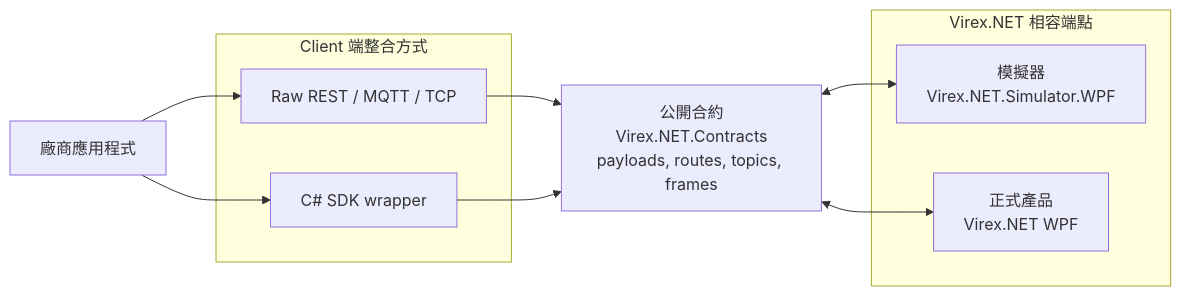
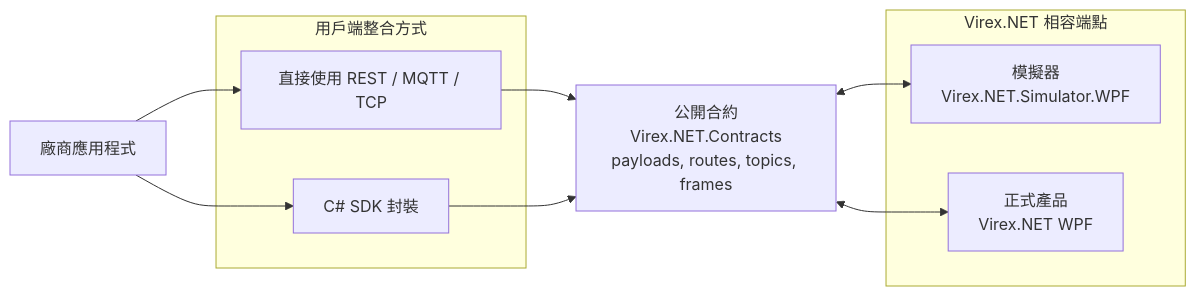
Before and after one commit to vstechnology-tw/vst-virex.net.integration: the diagram in docs/integration-model.zh.md, drawn with Mermaid. The commit also changed other lines of this file and 28 other files, not shown here.

````diff
--- a/docs/integration-model.zh.md
+++ b/docs/integration-model.zh.md
@@ -7,23 +7,23 @@
 ```mermaid
 flowchart LR
     Vendor["廠商應用程式"]
 
-    subgraph ClientSide["Client 端整合方式"]
-        Raw["Raw REST / MQTT / TCP"]
-        Sdk["C# SDK wrapper"]
+    subgraph ClientSide["用戶端整合方式"]
+        Raw["直接使用 REST / MQTT / TCP"]
+        Sdk["C# SDK 封裝"]
     end
 
     Contract["公開合約\nVirex.NET.Contracts\npayloads, routes, topics, frames"]
 
     subgraph CompatibleEndpoint["Virex.NET 相容端點"]
         Simulator["模擬器\nVirex.NET.Simulator.WPF"]
         Production["正式產品\nVirex.NET WPF"]
     end
 
     Vendor --> Raw
     Vendor --> Sdk
     Raw --> Contract
     Sdk --> Contract
     Contract <--> Simulator
     Contract <--> Production
 ```
````
